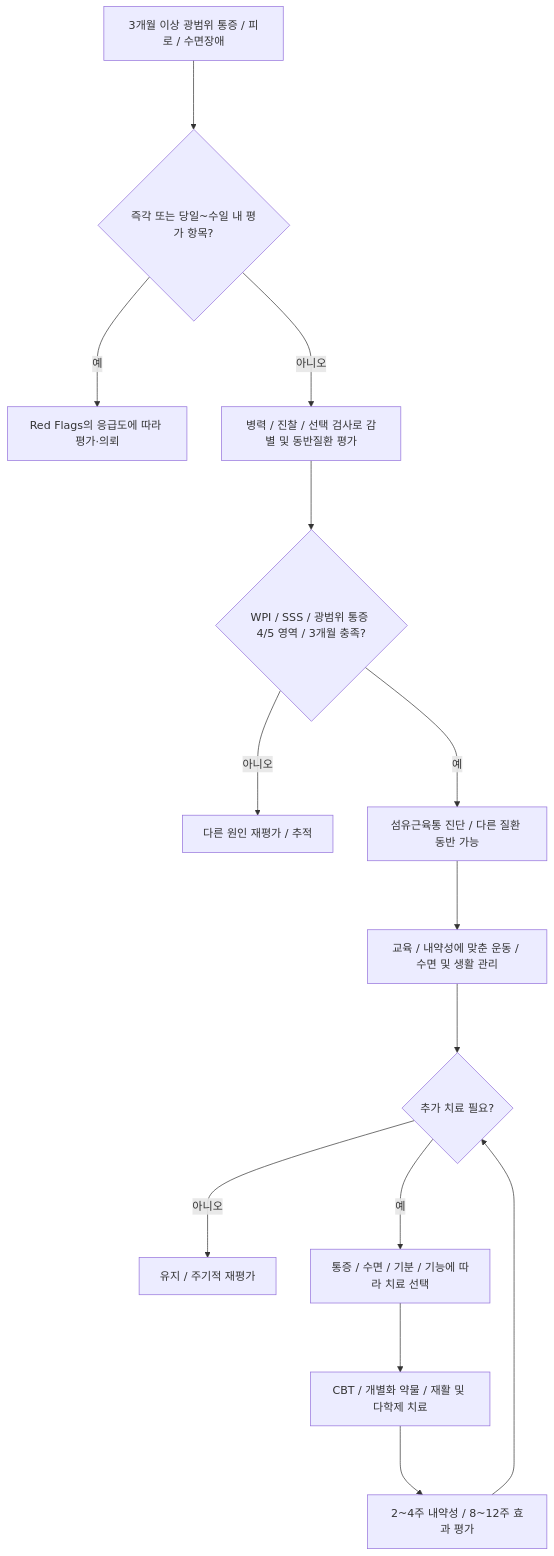
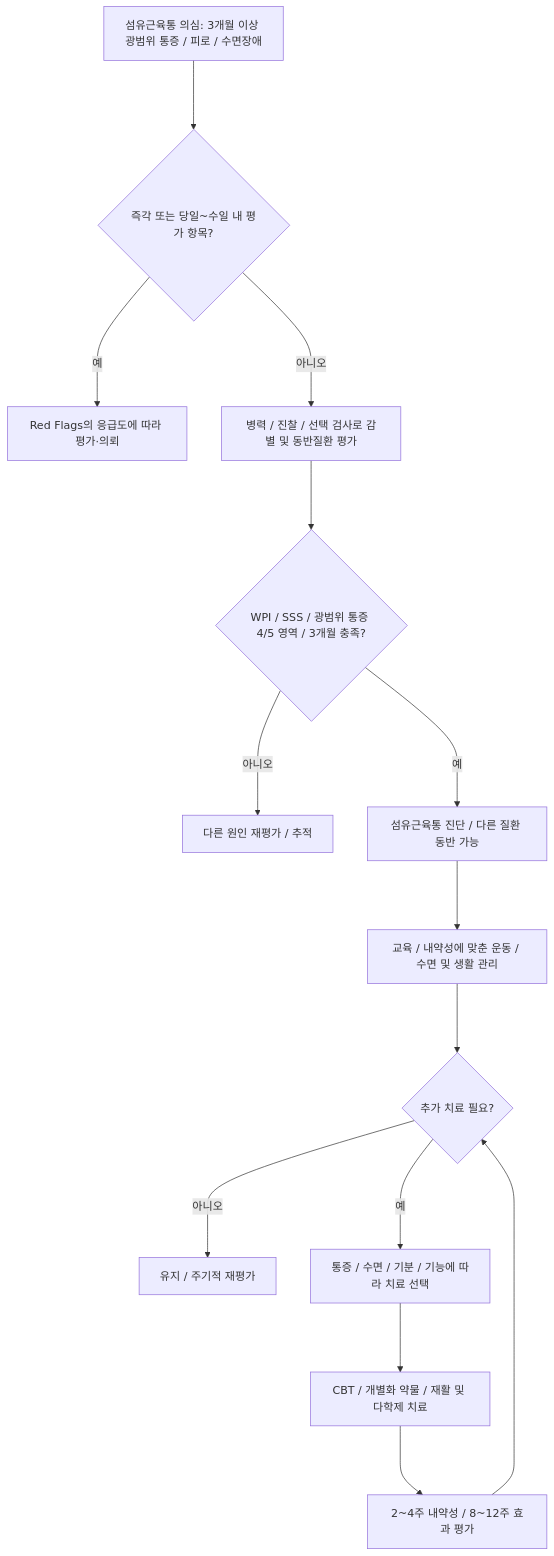
Before and after one commit to familyoh77/familyoh77: the diagram in 228_/153_-fibromyalgia.md, drawn with Mermaid. The commit also changed other lines of this file and 7 other files, not shown here.

````diff
--- a/228_/153_-fibromyalgia.md
+++ b/228_/153_-fibromyalgia.md
@@ -195,16 +195,16 @@
 ```mermaid
 flowchart TD
-    A["3개월 이상 광범위 통증 / 피로 / 수면장애"] ---> B{"즉각 또는 당일~수일 내 평가 항목?"}
+    A["섬유근육통 의심: 3개월 이상 광범위 통증 / 피로 / 수면장애"] ---> B{"즉각 또는 당일~수일 내 평가 항목?"}
     B --->|"예"| C["Red Flags의 응급도에 따라 평가·의뢰"]
     B --->|"아니오"| D["병력 / 진찰 / 선택 검사로 감별 및 동반질환 평가"]
     D ---> E{"WPI / SSS / 광범위 통증 4/5 영역 / 3개월 충족?"}
     E --->|"아니오"| F["다른 원인 재평가 / 추적"]
     E --->|"예"| G["섬유근육통 진단 / 다른 질환 동반 가능"]
     G ---> H["교육 / 내약성에 맞춘 운동 / 수면 및 생활 관리"]
     H ---> I{"추가 치료 필요?"}
     I --->|"아니오"| J["유지 / 주기적 재평가"]
     I --->|"예"| K["통증 / 수면 / 기분 / 기능에 따라 치료 선택"]
     K ---> L["CBT / 개별화 약물 / 재활 및 다학제 치료"]
     L ---> M["2~4주 내약성 / 8~12주 효과 평가"]
     M ---> I
 ```
````
